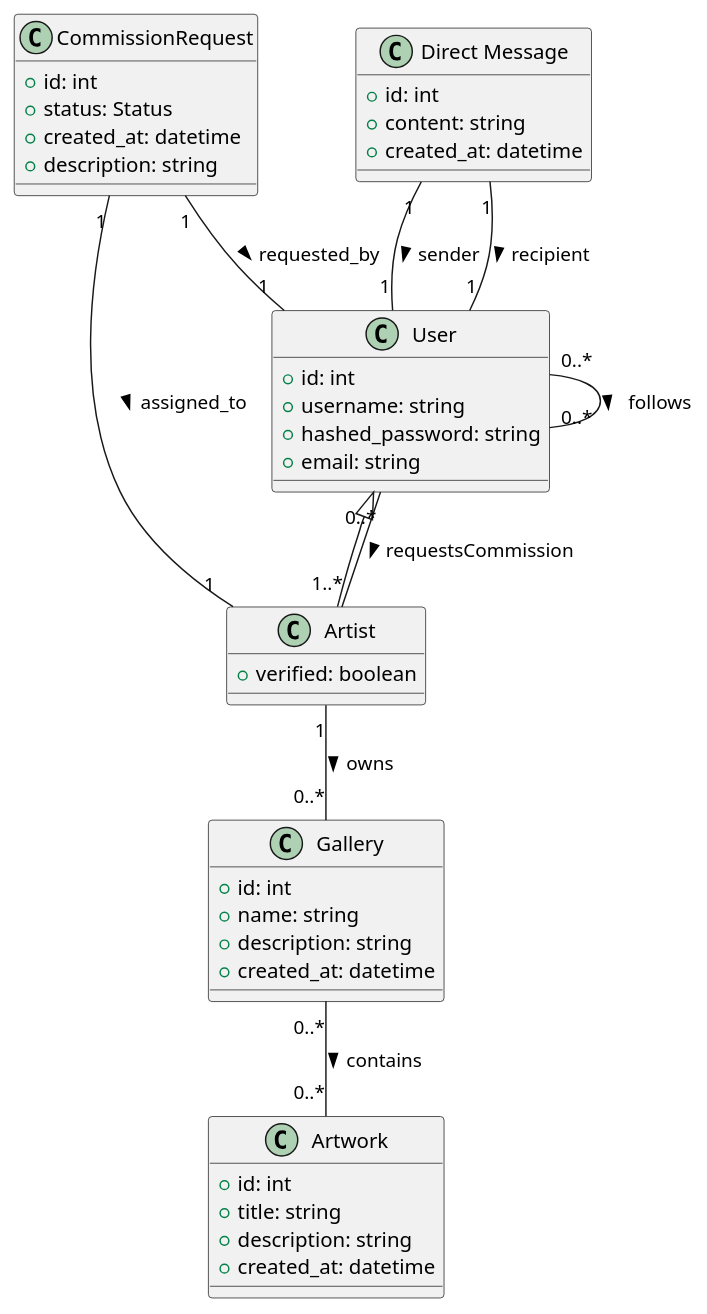
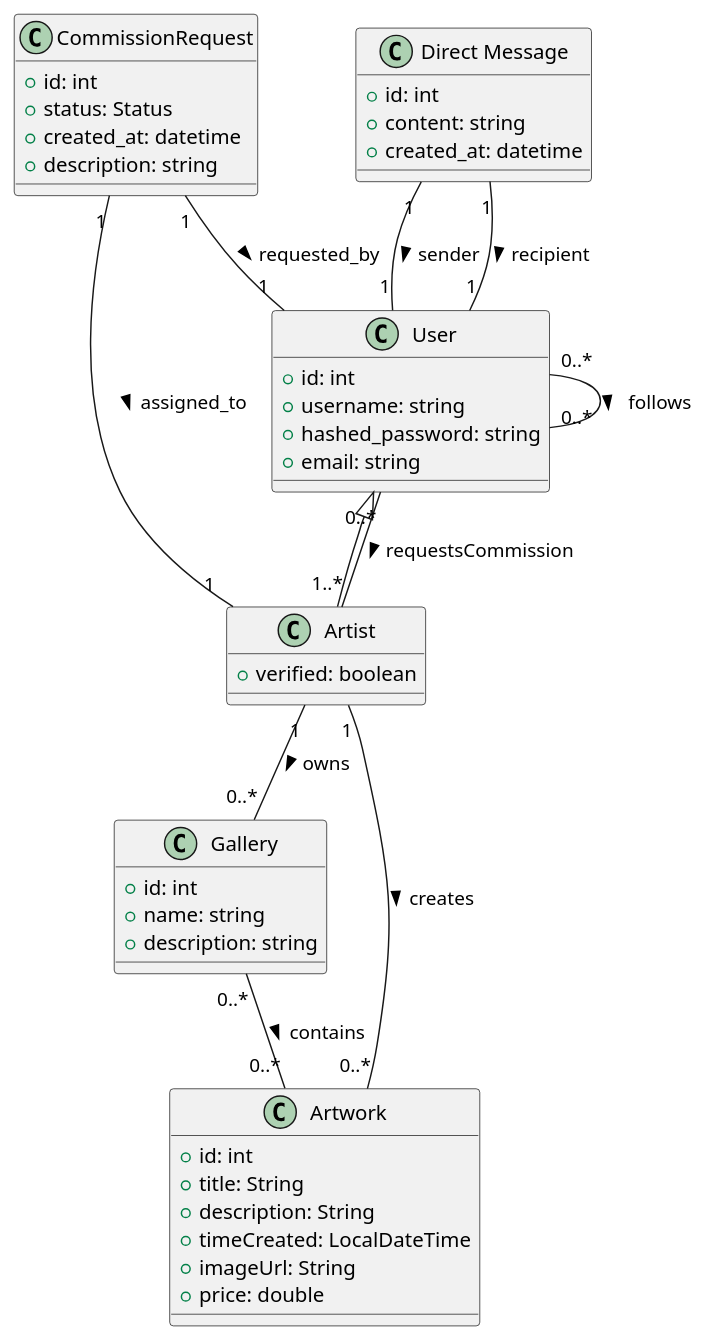
The diagram in coplaDbSchematic.puml (Neroil/copla), drawn with PlantUML before and after one commit. The commit also changed 7 other files, not shown here.

```diff
--- a/coplaDbSchematic.puml
+++ b/coplaDbSchematic.puml
@@ -1,51 +1,53 @@
 @startuml
 
 class "Artist" as A {
     +verified: boolean
 }
 
 class "CommissionRequest" as CR {
     +id: int
     +status: Status
     +created_at: datetime
     +description: string
 }
 
 class "Direct Message" as DM {
     +id: int
     +content: string
     +created_at: datetime
 }
 
 class "User" as U {
     +id: int
     +username: string
     +hashed_password: string
     +email: string
 }
 
 class "Gallery" as G {
     +id: int
     +name: string
     +description: string
-    +created_at: datetime
 }
 
 class "Artwork" as W {
     +id: int
-    +title: string
-    +description: string
-    +created_at: datetime
+    +title: String
+    +description: String
+    +timeCreated: LocalDateTime
+    +imageUrl: String
+    +price: double
 }
 
 ' Relationships
 A "1" -- "0..*" G : owns >
 U ^-- A
 U "0..*" -- "0..*" U : follows >
 U "0..*" -- "1..*" A  : requestsCommission >
 CR "1" -- "1" U : requested_by >
 CR "1" -- "1" A : assigned_to >
 DM "1" -- "1" U : sender >
 DM "1" -- "1" U : recipient >
 G "0..*" -- "0..*" W : contains >
+A "1" -- "0..*" W : creates >
 @enduml
```
